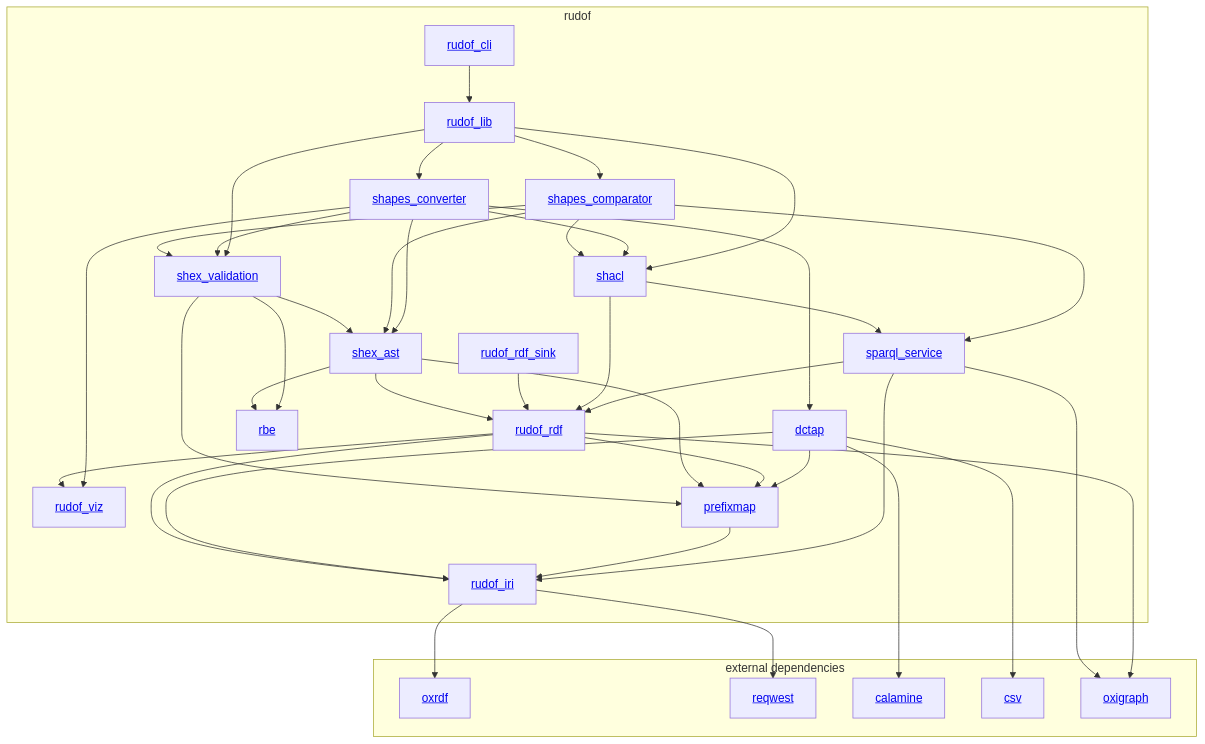
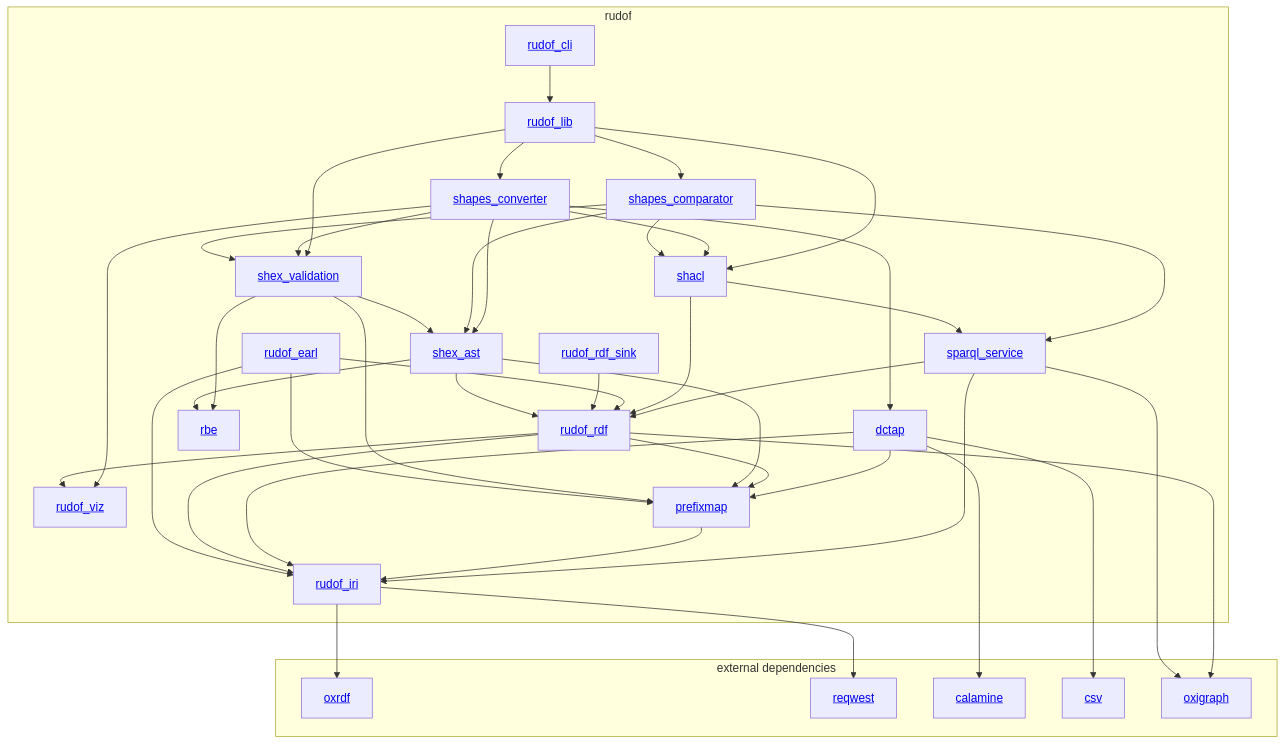
The diagram in docs/src/internals/architecture.md (rudof-project/rudof), drawn with Mermaid before and after one commit. The commit also changed 2 other files, not shown here.

````diff
--- a/docs/src/internals/architecture.md
+++ b/docs/src/internals/architecture.md
@@ -5,65 +5,69 @@
 ```mermaid
 graph TD;
  rudof_iri --> oxrdf;
  rudof_iri --> reqwest ;
  dctap --> calamine ;
  dctap --> csv ;
  sparql_service --> oxigraph ;
  rudof_rdf --> oxigraph ;
 subgraph rudof
     rudof_lib[<a href='https://crates.io/crates/rudof_lib'>rudof_lib</a>];
     rudof_cli[<a href='https://crates.io/crates/rudof_cli'>rudof_cli</a>];
     shex_ast[<a href='https://crates.io/crates/shex_ast'>shex_ast</a>];
     rudof_rdf[<a href='https://crates.io/crates/rudof_rdf'>rudof_rdf</a>];
     rudof_rdf_sink[<a href='https://crates.io/crates/rudof_rdf_sink'>rudof_rdf_sink</a>];
     rudof_viz[<a href='https://crates.io/crates/rudof_viz'>rudof_viz</a>];
+    rudof_earl[<a href='https://crates.io/crates/rudof_earl'>rudof_earl</a>];
     shex_validation[<a href='https://crates.io/crates/shex_validation'>shex_validation</a>];
     shacl[<a href='https://crates.io/crates/shacl'>shacl</a>];
     shapes_comparator[<a href='https://crates.io/crates/shapes_comparator'>shapes_comparator</a>];
     rudof_iri[<a href='https://crates.io/crates/rudof_iri'>rudof_iri</a>];
     prefixmap[<a href='https://crates.io/crates/prefixmap'>prefixmap</a>];
     rbe[<a href='https://crates.io/crates/rbe'>rbe</a>];
     shapes_converter[<a href='https://crates.io/crates/shapes_converter'>shapes_converter</a>];
  dctap[<a href='https://crates.io/crates/dctap'>dctap</a>];
  sparql_service[<a href='https://crates.io/crates/sparql_service'>sparql_service</a>];
 
  rudof_cli --> rudof_lib ;
  shex_ast --> rudof_rdf ;
  shex_ast --> rbe;
  shex_validation-->shex_ast;
  rudof_rdf_sink-->rudof_rdf;
+ rudof_earl-->rudof_rdf;
+ rudof_earl-->rudof_iri;
+ rudof_earl-->prefixmap;
  rudof_rdf-->rudof_iri;
  rudof_rdf-->rudof_viz;
  shapes_converter-->rudof_viz;
  shacl-->rudof_rdf;
  shacl-->sparql_service;
  shex_validation-->prefixmap;
  shex_ast-->prefixmap;
  rudof_rdf-->prefixmap;
  shex_validation-->rbe;
  dctap-->prefixmap;
  dctap --> rudof_iri;
  shapes_comparator-->shacl;
  shapes_comparator-->shex_ast;
  shapes_comparator-->shex_validation;
  shapes_comparator-->sparql_service;
  shapes_converter-->shacl;
  shapes_converter-->shex_ast;
  shapes_converter-->shex_validation;
  shapes_converter-->dctap;
  prefixmap --> rudof_iri ;
  sparql_service --> rudof_iri ;
  sparql_service --> rudof_rdf ;
  rudof_lib --> shex_validation ;
  rudof_lib --> shacl ;
  rudof_lib --> shapes_comparator ;
  rudof_lib --> shapes_converter ;
 end
 subgraph external dependencies
  oxigraph[<a href='https://crates.io/crates/oxigraph'>oxigraph</a>] ;
  oxrdf[<a href='https://crates.io/crates/oxrdf'>oxrdf</a>] ;
  calamine[<a href='https://docs.rs/calamine/latest/calamine/'>calamine</a>] ;
  reqwest[<a href='https://docs.rs/reqwest/latest/reqwest/'>reqwest</a>] ;
  csv[<a href='https://docs.rs/csv/latest/csv/'>csv</a>]
 end
 ```
````
